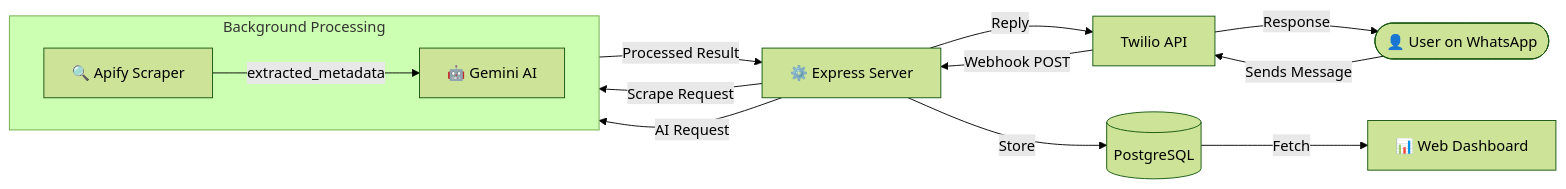
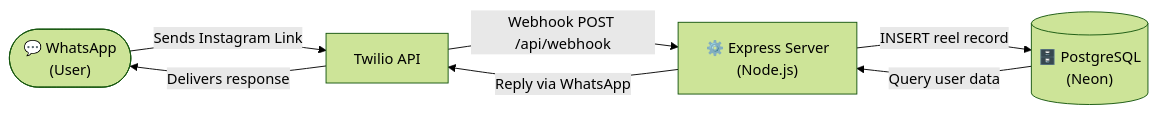
Before and after one commit to kolahalasudheer/social-saver-bot: the diagram in README.md, drawn with Mermaid (forest theme). The commit also changed other lines of this file, not shown here.

````diff
--- a/README.md
+++ b/README.md
@@ -21,18 +31,14 @@
 ```mermaid
 flowchart LR
-    User(["👤 User on WhatsApp"]) -->|"Sends Message"| Twilio["Twilio API"]
-    Twilio -->|"Webhook POST"| Express["⚙️ Express Server"]
-    Express -->|"Reply"| Twilio
-    Twilio -->|"Response"| User
+    WA(["💬 WhatsApp\n(User)"])
+    T["Twilio API"]
+    E["⚙️ Express Server\n(Node.js)"]
+    DB[("🗄️ PostgreSQL\n(Neon)")]
 
-    subgraph bg["Background Processing"]
-        direction LR
-        Apify["🔍 Apify Scraper"] -->|"extracted_metadata"| Gemini["🤖 Gemini AI"]
-    end
-
-    Express -->|"Scrape Request"| Apify
-    Express -->|"AI Request"| Gemini
-    Gemini -->|"Processed Result"| Express
-    Express -->|"Store"| DB[("PostgreSQL")]
-    DB -->|"Fetch"| Dashboard["📊 Web Dashboard"]
+    WA -->|"Sends Instagram Link"| T
+    T -->|"Webhook POST /api/webhook"| E
+    E -->|"INSERT reel record"| DB
+    DB -->|"Query user data"| E
+    E -->|"Reply via WhatsApp"| T
+    T -->|"Delivers response"| WA
 ```
````
